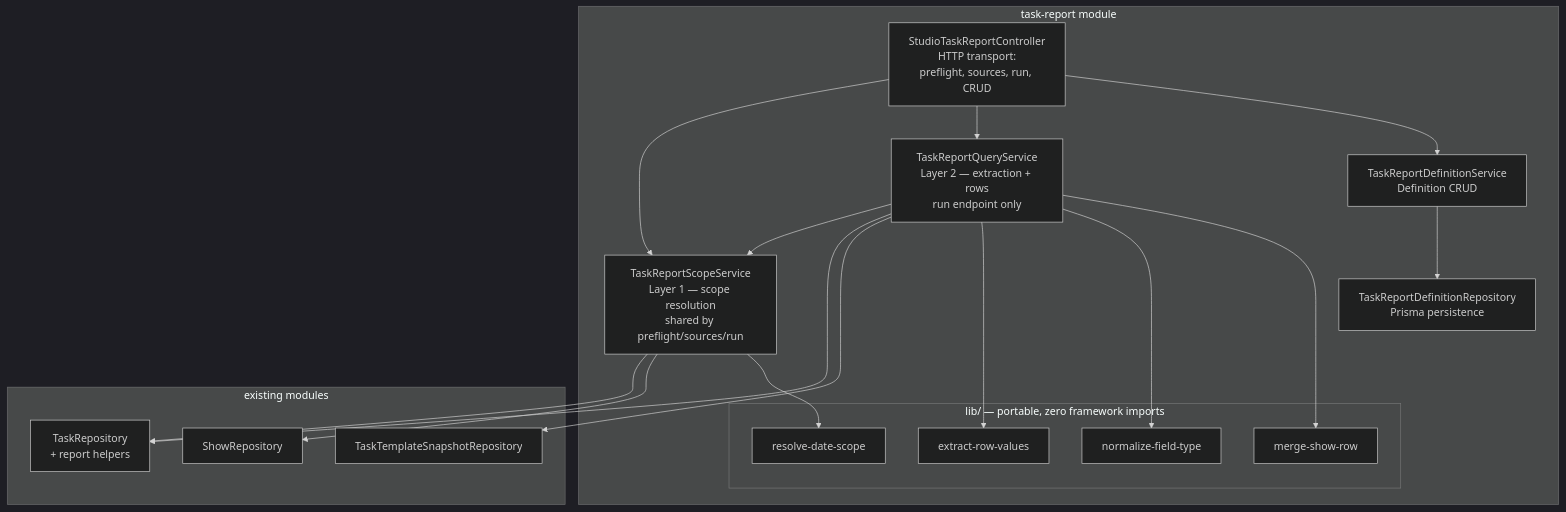
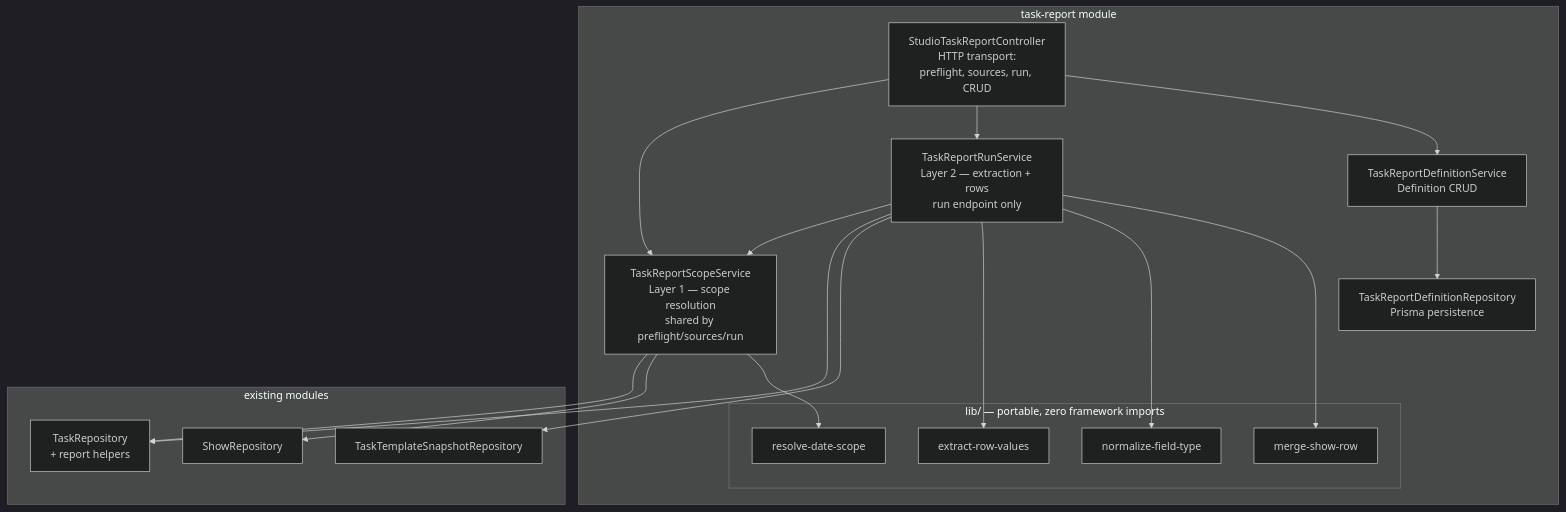
The fourth of 4 diagrams in apps/erify_api/docs/design/TASK_SUBMISSION_REPORTING_DESIGN.md (allenlin90/eridu-services), drawn with Mermaid (dark theme) before and after one commit. The commit also changed other lines of this file and 9 other files, not shown here.

````diff
--- a/apps/erify_api/docs/design/TASK_SUBMISSION_REPORTING_DESIGN.md
+++ b/apps/erify_api/docs/design/TASK_SUBMISSION_REPORTING_DESIGN.md
@@ -937,36 +937,36 @@
 ```mermaid
 graph TB
     subgraph "task-report module"
         Ctrl[StudioTaskReportController<br/>HTTP transport:<br/>preflight, sources, run, CRUD]
         SS[TaskReportScopeService<br/>Layer 1 — scope resolution<br/>shared by preflight/sources/run]
-        QS[TaskReportQueryService<br/>Layer 2 — extraction + rows<br/>run endpoint only]
+        QS[TaskReportRunService<br/>Layer 2 — extraction + rows<br/>run endpoint only]
         DS[TaskReportDefinitionService<br/>Definition CRUD]
         DR[TaskReportDefinitionRepository<br/>Prisma persistence]
         subgraph "lib/ — portable, zero framework imports"
             ERV[extract-row-values]
             NFT[normalize-field-type]
             MSR[merge-show-row]
             RDS[resolve-date-scope]
         end
     end
 
     subgraph "existing modules"
         TaskRepo[TaskRepository<br/>+ report helpers]
         SnapshotRepo[TaskTemplateSnapshotRepository]
         ShowRepo[ShowRepository]
     end
 
     Ctrl --> SS
     Ctrl --> QS
     Ctrl --> DS
     DS --> DR
     SS --> TaskRepo
     SS --> ShowRepo
     QS --> SS
     QS --> TaskRepo
     QS --> SnapshotRepo
     QS --> ERV
     QS --> NFT
     QS --> MSR
     SS --> RDS
 ```
````
